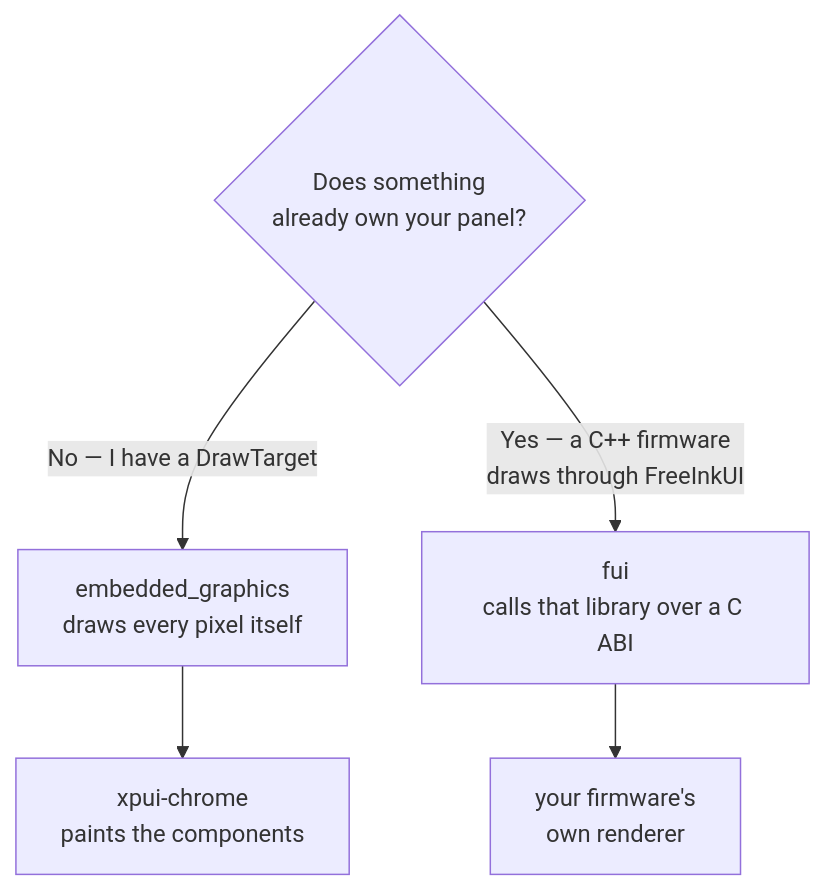
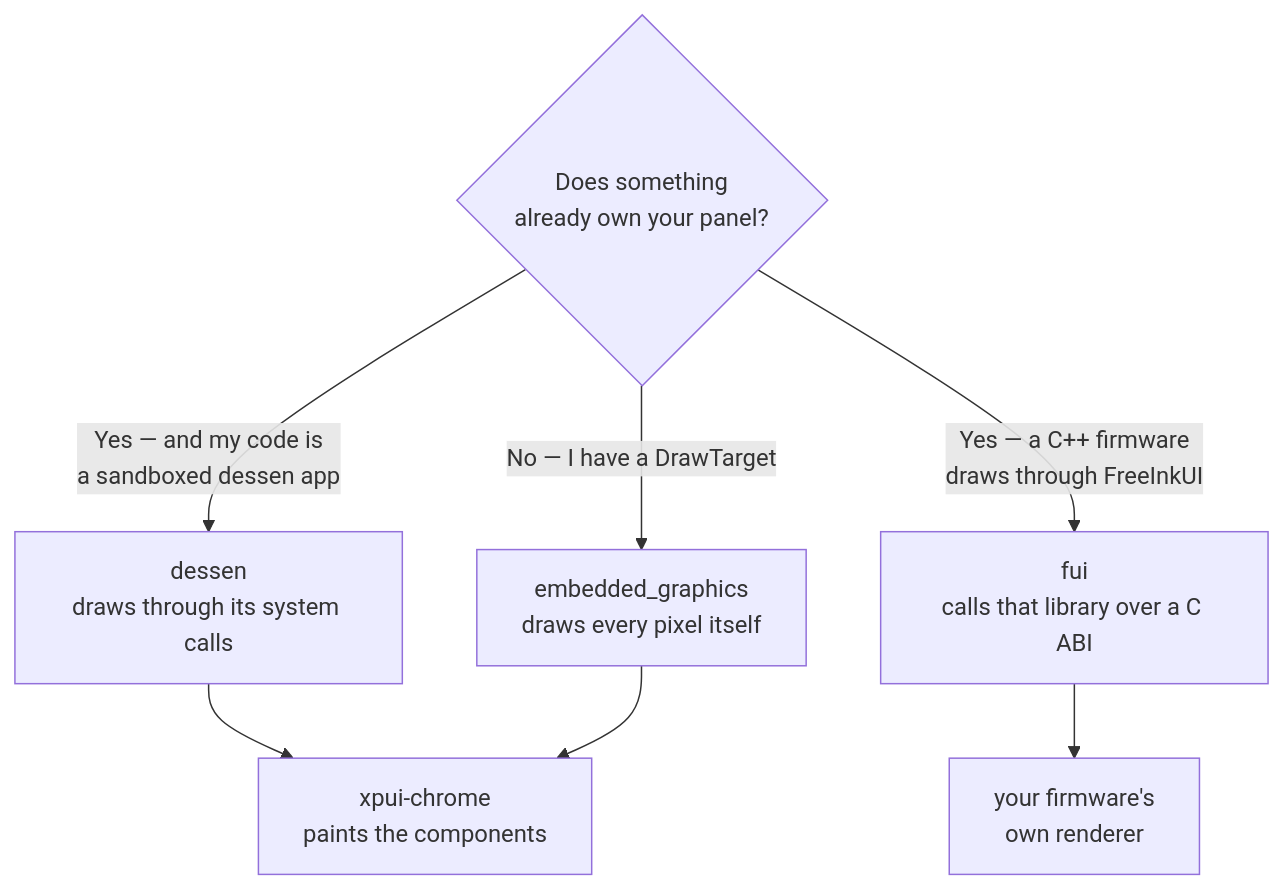
The first of 2 diagrams in README.md (XPUI-Framework/xpui-backends), drawn with Mermaid before and after one commit. The commit also changed other lines of this file and 22 other files, not shown here.

````diff
--- a/README.md
+++ b/README.md
@@ -25,8 +25,10 @@
 ```mermaid
 flowchart TD
   q{"Does something<br/>already own your panel?"}
   q -- "No — I have a DrawTarget" --> eg["embedded_graphics<br/>draws every pixel itself"]
   q -- "Yes — a C++ firmware<br/>draws through FreeInkUI" --> fui["fui<br/>calls that library over a C ABI"]
+  q -- "Yes — and my code is<br/>a sandboxed dessen app" --> dessen["dessen<br/>draws through its system calls"]
+  dessen --> chrome
   eg --> chrome["xpui-chrome<br/>paints the components"]
   fui --> abi["your firmware's<br/>own renderer"]
 ```
````
